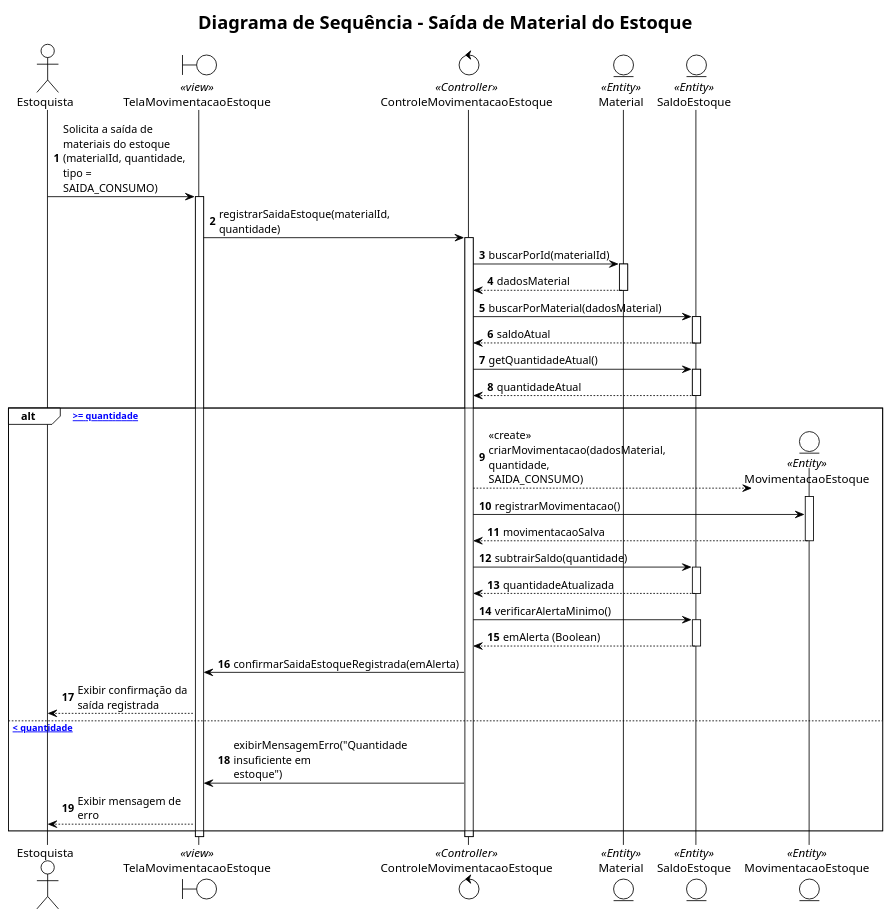
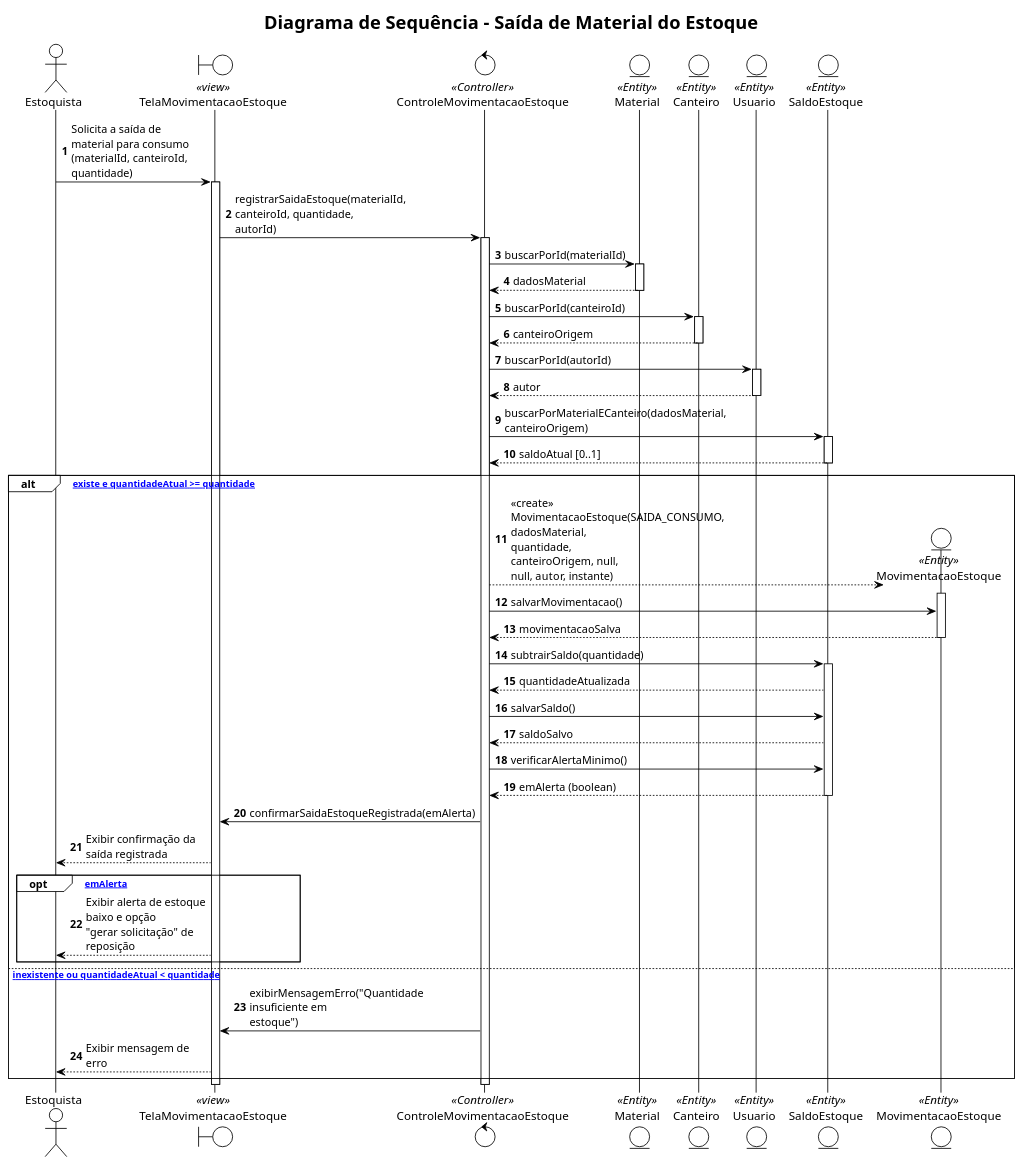
One commit to bernardoanobrega/oBRAS changed the diagram in Diagramas dinamicos/Modulo Estoque/EstoquesSaida.puml. Above: the diagram before and after it, drawn with PlantUML. The commit also changed 7 other files, not shown here.

Commit message:
Atualização dos diagramas dinâmicos do módulo de estoques

```diff
--- a/Diagramas dinamicos/Modulo Estoque/EstoquesSaida.puml
+++ b/Diagramas dinamicos/Modulo Estoque/EstoquesSaida.puml
@@ -1,61 +1,73 @@
 @startuml estoques-saida-sequence
 !theme plain
 title Diagrama de Sequência - Saída de Material do Estoque
 skinparam maxMessageSize 150
 autonumber
 
 actor "Estoquista" as user
 boundary "TelaMovimentacaoEstoque" as view <<view>>
 control "ControleMovimentacaoEstoque" as ctrl <<Controller>>
 entity "Material" as material <<Entity>>
+entity "Canteiro" as canteiro <<Entity>>
+entity "Usuario" as usuario <<Entity>>
 entity "SaldoEstoque" as saldo <<Entity>>
 entity "MovimentacaoEstoque" as movimentacao <<Entity>>
 
-user -> view : Solicita a saída de materiais do estoque\n(materialId, quantidade, tipo = SAIDA_CONSUMO)
+user -> view : Solicita a saída de material para consumo\n(materialId, canteiroId, quantidade)
 activate view
 
-view -> ctrl : registrarSaidaEstoque(materialId, quantidade)
+view -> ctrl : registrarSaidaEstoque(materialId, canteiroId, quantidade, autorId)
 activate ctrl
 
 ctrl -> material : buscarPorId(materialId)
 activate material
 material --> ctrl : dadosMaterial
 deactivate material
 
-ctrl -> saldo : buscarPorMaterial(dadosMaterial)
+ctrl -> canteiro : buscarPorId(canteiroId)
+activate canteiro
+canteiro --> ctrl : canteiroOrigem
+deactivate canteiro
+
+ctrl -> usuario : buscarPorId(autorId)
+activate usuario
+usuario --> ctrl : autor
+deactivate usuario
+
+ctrl -> saldo : buscarPorMaterialECanteiro(dadosMaterial, canteiroOrigem)
 activate saldo
-saldo --> ctrl : saldoAtual
+saldo --> ctrl : saldoAtual [0..1]
 deactivate saldo
 
-ctrl -> saldo : getQuantidadeAtual()
-activate saldo
-saldo --> ctrl : quantidadeAtual
-deactivate saldo
-
-alt [quantidadeAtual >= quantidade]
-    ctrl --> movimentacao ** : <<create>> criarMovimentacao(dadosMaterial, quantidade, SAIDA_CONSUMO)
+alt [saldo existe e quantidadeAtual >= quantidade]
+    ctrl --> movimentacao ** : <<create>> MovimentacaoEstoque(SAIDA_CONSUMO, dadosMaterial, quantidade,\ncanteiroOrigem, null, null, autor, instante)
     activate movimentacao
-    ctrl -> movimentacao : registrarMovimentacao()
+    ctrl -> movimentacao : salvarMovimentacao()
     movimentacao --> ctrl : movimentacaoSalva
     deactivate movimentacao
 
     ctrl -> saldo : subtrairSaldo(quantidade)
     activate saldo
     saldo --> ctrl : quantidadeAtualizada
-    deactivate saldo
+
+    ctrl -> saldo : salvarSaldo()
+    saldo --> ctrl : saldoSalvo
 
     ctrl -> saldo : verificarAlertaMinimo()
-    activate saldo
-    saldo --> ctrl : emAlerta (Boolean)
+    saldo --> ctrl : emAlerta (boolean)
     deactivate saldo
 
     ctrl -> view : confirmarSaidaEstoqueRegistrada(emAlerta)
     view --> user : Exibir confirmação da saída registrada
-else [quantidadeAtual < quantidade]
+
+    opt [emAlerta]
+        view --> user : Exibir alerta de estoque baixo e opção\n"gerar solicitação" de reposição
+    end
+else [saldo inexistente ou quantidadeAtual < quantidade]
     ctrl -> view : exibirMensagemErro("Quantidade insuficiente em estoque")
     view --> user : Exibir mensagem de erro
 end
 
 deactivate ctrl
 deactivate view
 @enduml
```
